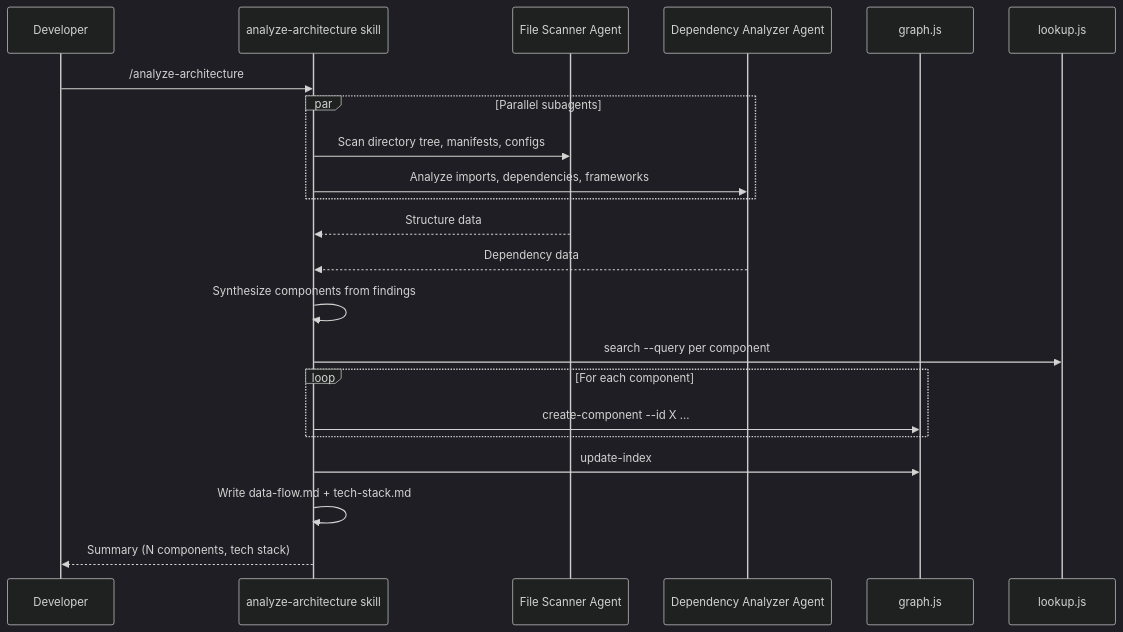
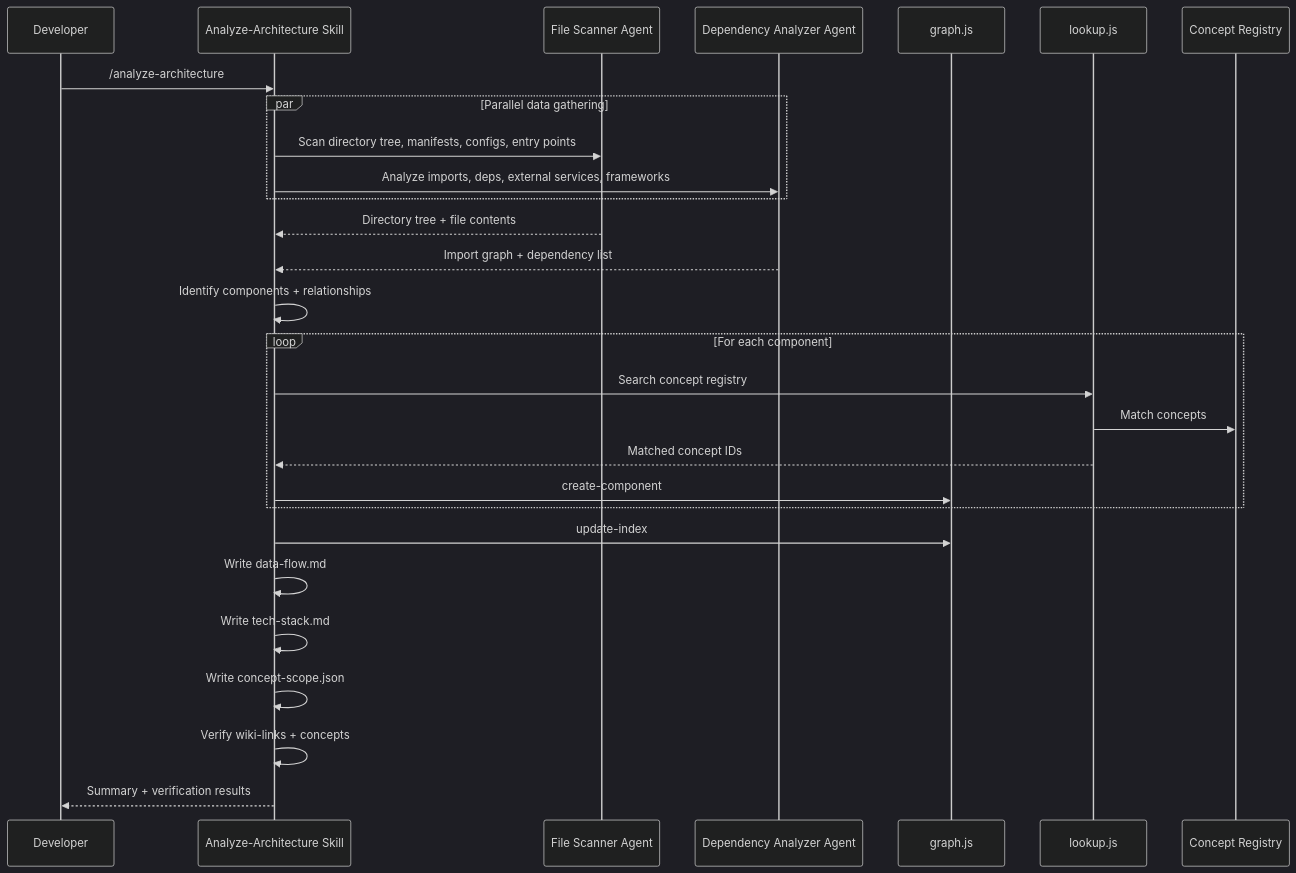
The third of 3 diagrams in docs/professor/architecture/data-flow.md (theadityamittal/claude-professor), drawn with Mermaid (dark theme) before and after one commit. The commit also changed other lines of this file and 17 other files, not shown here.

First line of the commit message:
Refactor architecture components and enhance functionality

````diff
--- a/docs/professor/architecture/data-flow.md
+++ b/docs/professor/architecture/data-flow.md
@@ -129,28 +85,34 @@
 ```mermaid
 sequenceDiagram
     participant Dev as Developer
-    participant AA as analyze-architecture skill
+    participant AA as Analyze-Architecture Skill
     participant FS as File Scanner Agent
     participant DA as Dependency Analyzer Agent
     participant GR as graph.js
-    participant LU as lookup.js
+    participant LK as lookup.js
+    participant CR as Concept Registry
 
     Dev->>AA: /analyze-architecture
-    par Parallel subagents
-        AA->>FS: Scan directory tree, manifests, configs
-        AA->>DA: Analyze imports, dependencies, frameworks
+    par Parallel data gathering
+        AA->>FS: Scan directory tree, manifests, configs, entry points
+        AA->>DA: Analyze imports, deps, external services, frameworks
     end
-    FS-->>AA: Structure data
-    DA-->>AA: Dependency data
+    FS-->>AA: Directory tree + file contents
+    DA-->>AA: Import graph + dependency list
 
-    AA->>AA: Synthesize components from findings
-    AA->>LU: search --query per component
+    AA->>AA: Identify components + relationships
 
     loop For each component
-        AA->>GR: create-component --id X ...
+        AA->>LK: Search concept registry
+        LK->>CR: Match concepts
+        LK-->>AA: Matched concept IDs
+        AA->>GR: create-component
     end
 
     AA->>GR: update-index
-    AA->>AA: Write data-flow.md + tech-stack.md
-    AA-->>Dev: Summary (N components, tech stack)
+    AA->>AA: Write data-flow.md
+    AA->>AA: Write tech-stack.md
+    AA->>AA: Write concept-scope.json
+    AA->>AA: Verify wiki-links + concepts
+    AA-->>Dev: Summary + verification results
 ```
````
